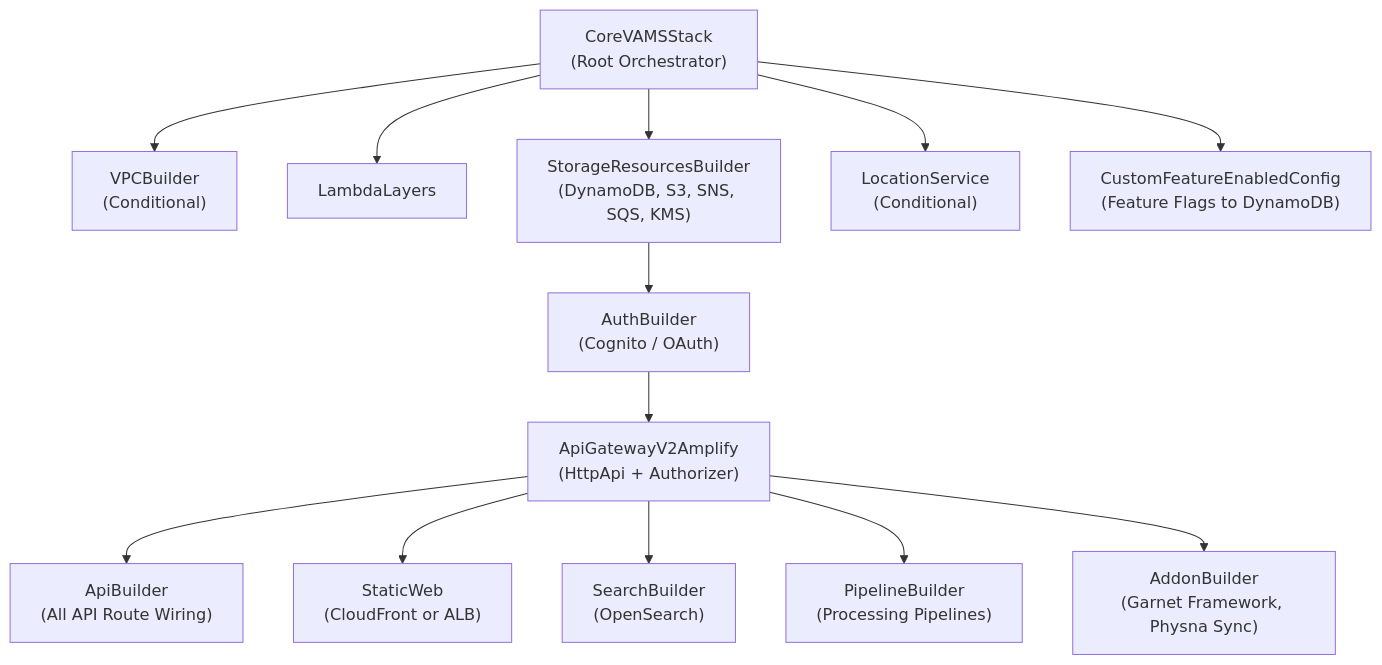
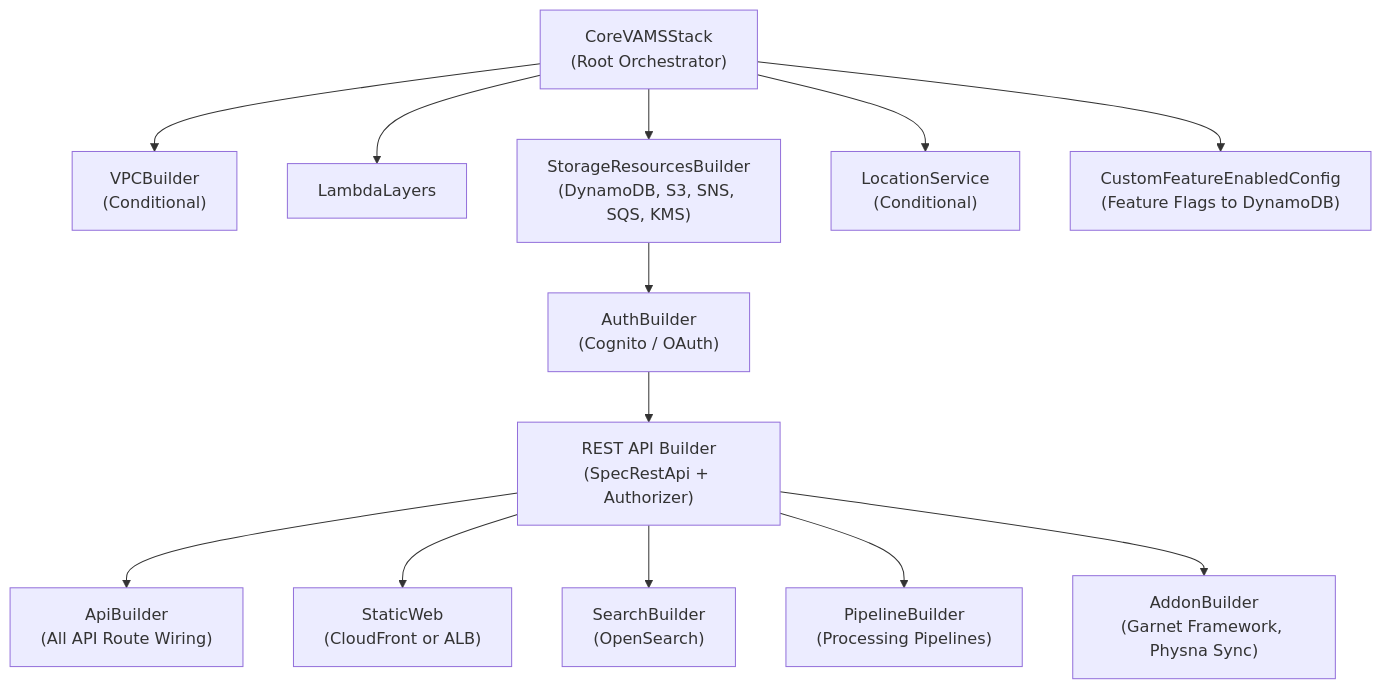
One commit to awslabs/visual-asset-management-system changed the third of 3 diagrams in documentation/docusaurus-site/docs/architecture/overview.md. Above: the diagram before and after it, drawn with Mermaid. The commit also changed other lines of this file and 115 other files, not shown here.

Commit message:
Convert to REST API from HTTP API, Fix many bugs

````diff
--- a/documentation/docusaurus-site/docs/architecture/overview.md
+++ b/documentation/docusaurus-site/docs/architecture/overview.md
@@ -129,29 +129,29 @@
 ```mermaid
 graph TD
     Core["CoreVAMSStack<br/>(Root Orchestrator)"]
     VPC["VPCBuilder<br/>(Conditional)"]
     Layers["LambdaLayers"]
     Storage["StorageResourcesBuilder<br/>(DynamoDB, S3, SNS, SQS, KMS)"]
     Auth["AuthBuilder<br/>(Cognito / OAuth)"]
-    API["ApiGatewayV2Amplify<br/>(HttpApi + Authorizer)"]
+    API["REST API Builder<br/>(SpecRestApi + Authorizer)"]
     APIBuilder["ApiBuilder<br/>(All API Route Wiring)"]
     StaticWeb["StaticWeb<br/>(CloudFront or ALB)"]
     Search["SearchBuilder<br/>(OpenSearch)"]
     Pipelines["PipelineBuilder<br/>(Processing Pipelines)"]
     Addons["AddonBuilder<br/>(Garnet Framework, Physna Sync)"]
     Location["LocationService<br/>(Conditional)"]
     Features["CustomFeatureEnabledConfig<br/>(Feature Flags to DynamoDB)"]
 
     Core --> VPC
     Core --> Layers
     Core --> Storage
     Storage --> Auth
     Auth --> API
     API --> APIBuilder
     API --> StaticWeb
     API --> Search
     API --> Pipelines
     API --> Addons
     Core --> Location
     Core --> Features
 ```
````
